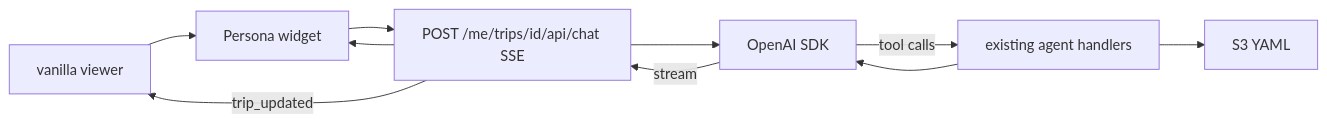
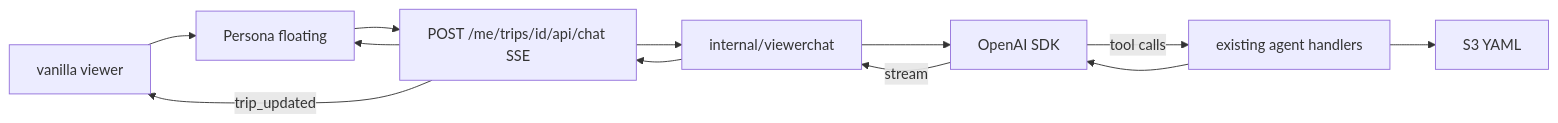
One commit to yaronf/tripmap changed the diagram in docs/plan-viewer-openai-chat.md. Above: the diagram before and after it, drawn with Mermaid. The commit also changed other lines of this file and 7 other files, not shown here.

First line of the commit message:
Clarify viewer vs Hellō wording and lock chat plan decisions.

````diff
--- a/docs/plan-viewer-openai-chat.md
+++ b/docs/plan-viewer-openai-chat.md
@@ -23,14 +25,15 @@
 ```mermaid
 flowchart LR
   viewer[vanilla viewer]
-  persona[Persona widget]
+  persona[Persona floating]
   chatAPI["POST /me/trips/id/api/chat SSE"]
+  pkg[internal/viewerchat]
   openai[OpenAI SDK]
   tools[existing agent handlers]
   s3[S3 YAML]
-  viewer --> persona --> chatAPI --> openai
+  viewer --> persona --> chatAPI --> pkg --> openai
   openai -->|tool calls| tools --> s3
   tools --> openai
-  openai -->|stream| chatAPI --> persona
+  openai -->|stream| pkg --> chatAPI --> persona
   chatAPI -->|trip_updated| viewer
 ```
````
